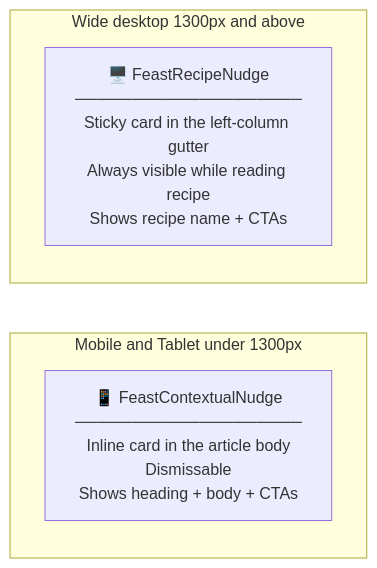
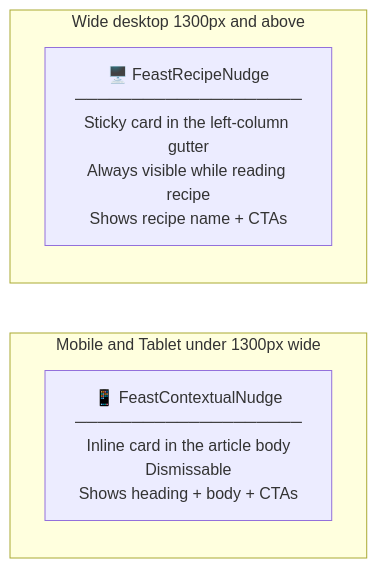
One commit to guardian/dotcom-rendering changed the second of 8 diagrams in dotcom-rendering/docs/feast-recipe-nudges.md. Above: the diagram before and after it, drawn with Mermaid. The commit also changed other lines of this file, not shown here.

````diff
--- a/dotcom-rendering/docs/feast-recipe-nudges.md
+++ b/dotcom-rendering/docs/feast-recipe-nudges.md
@@ -39,9 +39,9 @@
 ```mermaid
 graph LR
-    subgraph "Mobile and Tablet  under 1300px"
+    subgraph "Mobile and Tablet  under 1300px wide"
         A["📱 FeastContextualNudge\n────────────────────\nInline card in the article body\nDismissable\nShows heading + body + CTAs"]
     end
     subgraph "Wide desktop  1300px and above"
         B["🖥️ FeastRecipeNudge\n────────────────────\nSticky card in the left-column gutter\nAlways visible while reading recipe\nShows recipe name + CTAs"]
     end
 ```
````
